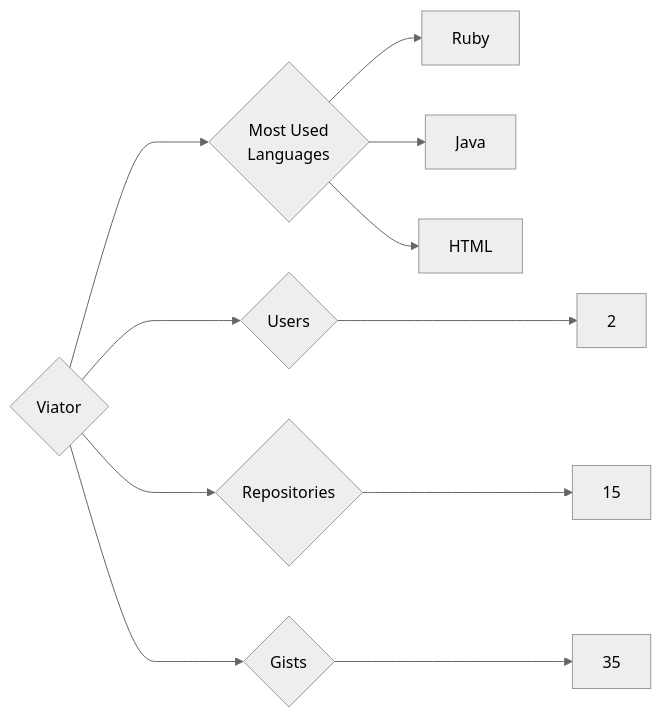
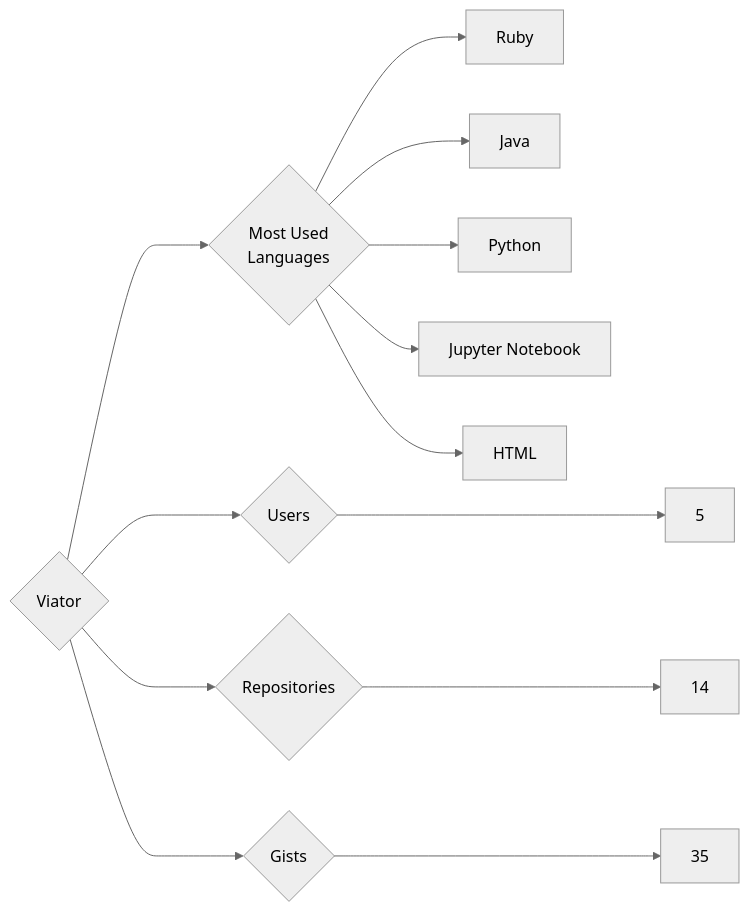
One commit to trickest/insiders changed the diagram in targets/Viator/README.md. Above: the diagram before and after it, drawn with Mermaid (neutral theme). The commit also changed 1484 other files, not shown here.

````diff
--- a/targets/Viator/README.md
+++ b/targets/Viator/README.md
@@ -3,11 +3,13 @@
 ```mermaid
 graph LR
 COMPANY_NAME{Viator}
-COMPANY_NAME ---> U{Users} ---> UN[2]
-COMPANY_NAME ---> R{Repositories} ---> RN[15]
+COMPANY_NAME ---> U{Users} ---> UN[5]
+COMPANY_NAME ---> R{Repositories} ---> RN[14]
 COMPANY_NAME ---> G{Gists} ---> GN[35]
 COMPANY_NAME ---> ML{Most Used<br>Languages}
 ML --> Ruby[Ruby]
 ML --> Java[Java]
+ML --> Python[Python]
+ML --> Jupyter_Notebook[Jupyter Notebook]
 ML --> HTML[HTML]
 ```
````
